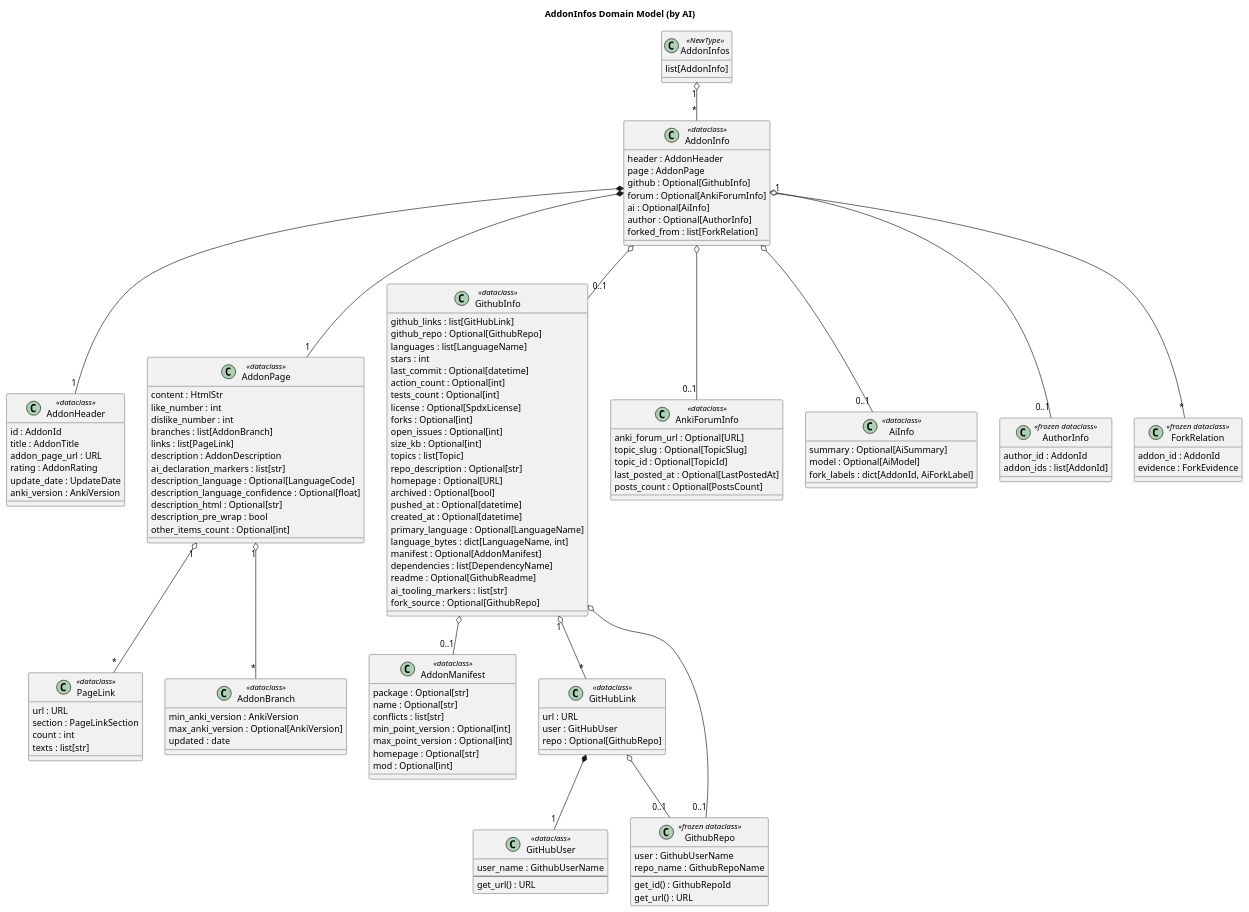
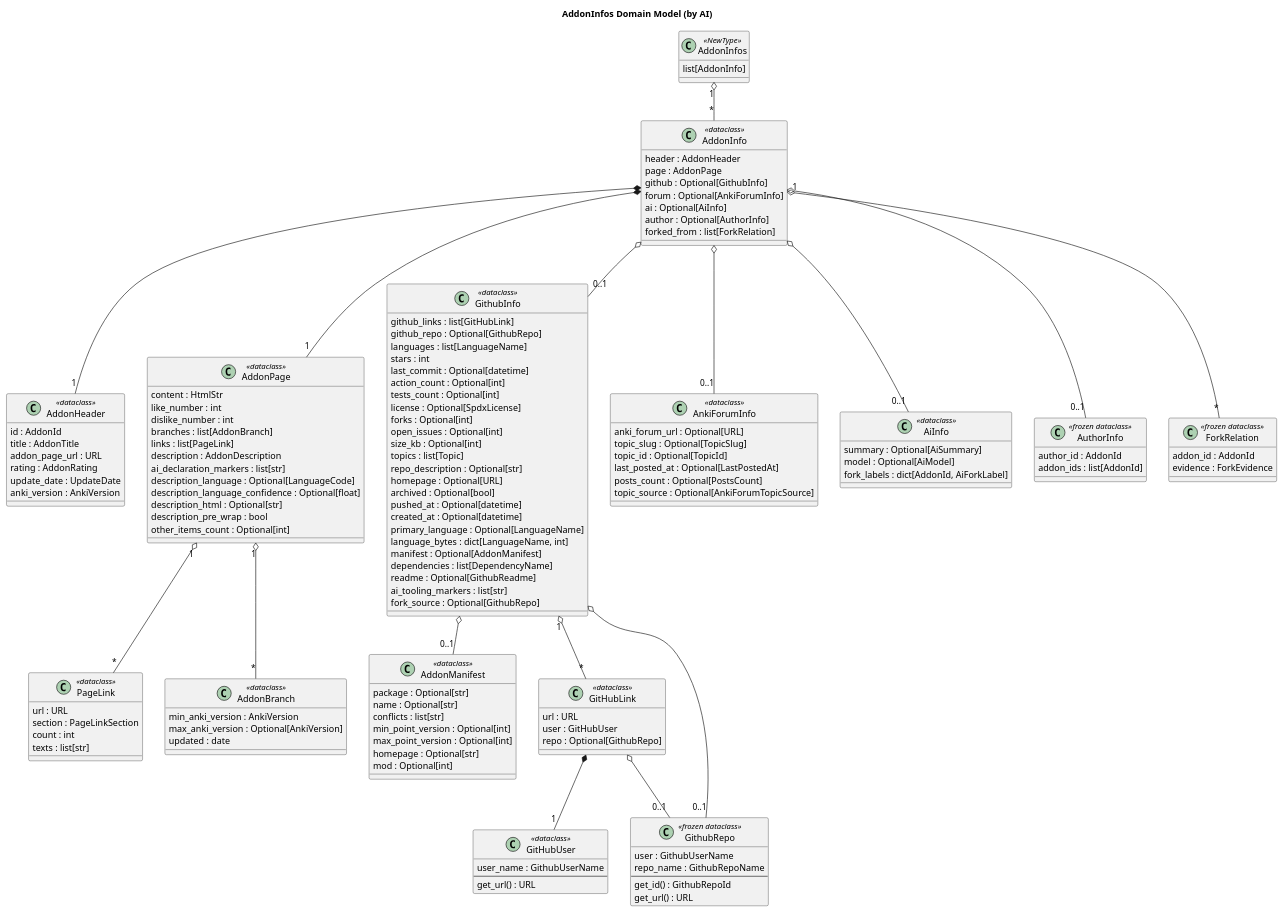
Before and after one commit to Aleks-Ya/anki-addons-dataset: the diagram in doc/uml/ai/class-addon-infos.puml, drawn with PlantUML. The commit also changed 18 other files, not shown here.

Commit message:
Verify Anki Forum links with AI

```diff
--- a/doc/uml/ai/class-addon-infos.puml
+++ b/doc/uml/ai/class-addon-infos.puml
@@ -1,159 +1,160 @@
 @startuml
 
 title AddonInfos Domain Model (by AI)
 
 skinparam packageStyle rectangle
 
 class AddonInfos <<NewType>> {
   list[AddonInfo]
 }
 
 class AddonInfo <<dataclass>> {
   header : AddonHeader
   page : AddonPage
   github : Optional[GithubInfo]
   forum : Optional[AnkiForumInfo]
   ai : Optional[AiInfo]
   author : Optional[AuthorInfo]
   forked_from : list[ForkRelation]
 }
 
 class AddonHeader <<dataclass>> {
   id : AddonId
   title : AddonTitle
   addon_page_url : URL
   rating : AddonRating
   update_date : UpdateDate
   anki_version : AnkiVersion
 }
 
 class AddonPage <<dataclass>> {
   content : HtmlStr
   like_number : int
   dislike_number : int
   branches : list[AddonBranch]
   links : list[PageLink]
   description : AddonDescription
   ai_declaration_markers : list[str]
   description_language : Optional[LanguageCode]
   description_language_confidence : Optional[float]
   description_html : Optional[str]
   description_pre_wrap : bool
   other_items_count : Optional[int]
 }
 
 class PageLink <<dataclass>> {
   url : URL
   section : PageLinkSection
   count : int
   texts : list[str]
 }
 
 class AddonBranch <<dataclass>> {
   min_anki_version : AnkiVersion
   max_anki_version : Optional[AnkiVersion]
   updated : date
 }
 
 class GithubInfo <<dataclass>> {
   github_links : list[GitHubLink]
   github_repo : Optional[GithubRepo]
   languages : list[LanguageName]
   stars : int
   last_commit : Optional[datetime]
   action_count : Optional[int]
   tests_count : Optional[int]
   license : Optional[SpdxLicense]
   forks : Optional[int]
   open_issues : Optional[int]
   size_kb : Optional[int]
   topics : list[Topic]
   repo_description : Optional[str]
   homepage : Optional[URL]
   archived : Optional[bool]
   pushed_at : Optional[datetime]
   created_at : Optional[datetime]
   primary_language : Optional[LanguageName]
   language_bytes : dict[LanguageName, int]
   manifest : Optional[AddonManifest]
   dependencies : list[DependencyName]
   readme : Optional[GithubReadme]
   ai_tooling_markers : list[str]
   fork_source : Optional[GithubRepo]
 }
 
 class AddonManifest <<dataclass>> {
   package : Optional[str]
   name : Optional[str]
   conflicts : list[str]
   min_point_version : Optional[int]
   max_point_version : Optional[int]
   homepage : Optional[str]
   mod : Optional[int]
 }
 
 class GitHubLink <<dataclass>> {
   url : URL
   user : GitHubUser
   repo : Optional[GithubRepo]
 }
 
 class GitHubUser <<dataclass>> {
   user_name : GithubUserName
   --
   get_url() : URL
 }
 
 class GithubRepo <<frozen dataclass>> {
   user : GithubUserName
   repo_name : GithubRepoName
   --
   get_id() : GithubRepoId
   get_url() : URL
 }
 
 class AnkiForumInfo <<dataclass>> {
   anki_forum_url : Optional[URL]
   topic_slug : Optional[TopicSlug]
   topic_id : Optional[TopicId]
   last_posted_at : Optional[LastPostedAt]
   posts_count : Optional[PostsCount]
+  topic_source : Optional[AnkiForumTopicSource]
 }
 
 class AiInfo <<dataclass>> {
   summary : Optional[AiSummary]
   model : Optional[AiModel]
   fork_labels : dict[AddonId, AiForkLabel]
 }
 
 class AuthorInfo <<frozen dataclass>> {
   author_id : AddonId
   addon_ids : list[AddonId]
 }
 
 class ForkRelation <<frozen dataclass>> {
   addon_id : AddonId
   evidence : ForkEvidence
 }
 
 AddonInfos "1" o-- "*" AddonInfo
 
 AddonInfo *-- "1" AddonHeader
 AddonInfo *-- "1" AddonPage
 AddonInfo o-- "0..1" GithubInfo
 AddonInfo o-- "0..1" AnkiForumInfo
 AddonInfo o-- "0..1" AiInfo
 AddonInfo o-- "0..1" AuthorInfo
 AddonInfo "1" o-- "*" ForkRelation
 
 AddonPage "1" o-- "*" AddonBranch
 AddonPage "1" o-- "*" PageLink
 
 GithubInfo "1" o-- "*" GitHubLink
 GithubInfo o-- "0..1" GithubRepo
 GithubInfo o-- "0..1" AddonManifest
 
 GitHubLink *-- "1" GitHubUser
 GitHubLink o-- "0..1" GithubRepo
 
 @enduml
```
